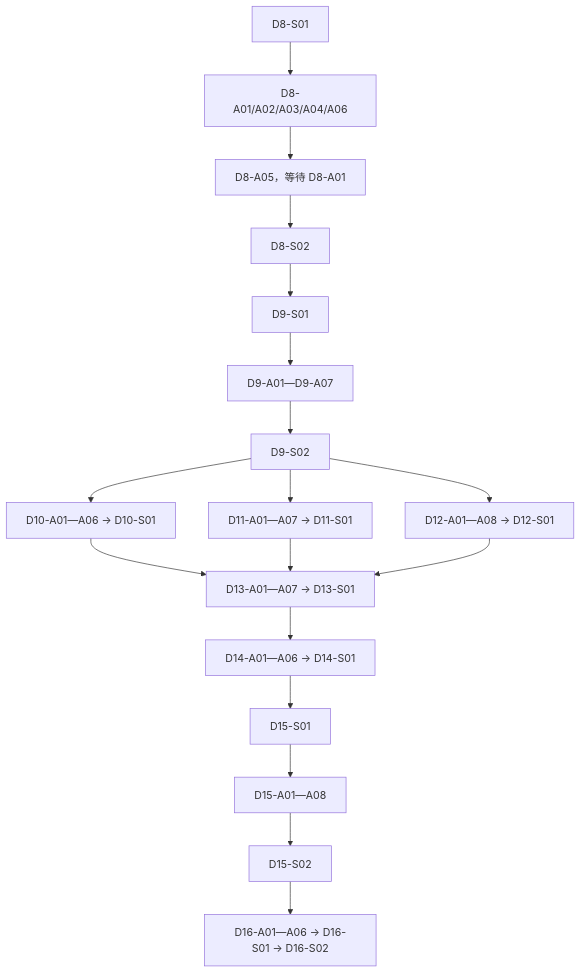
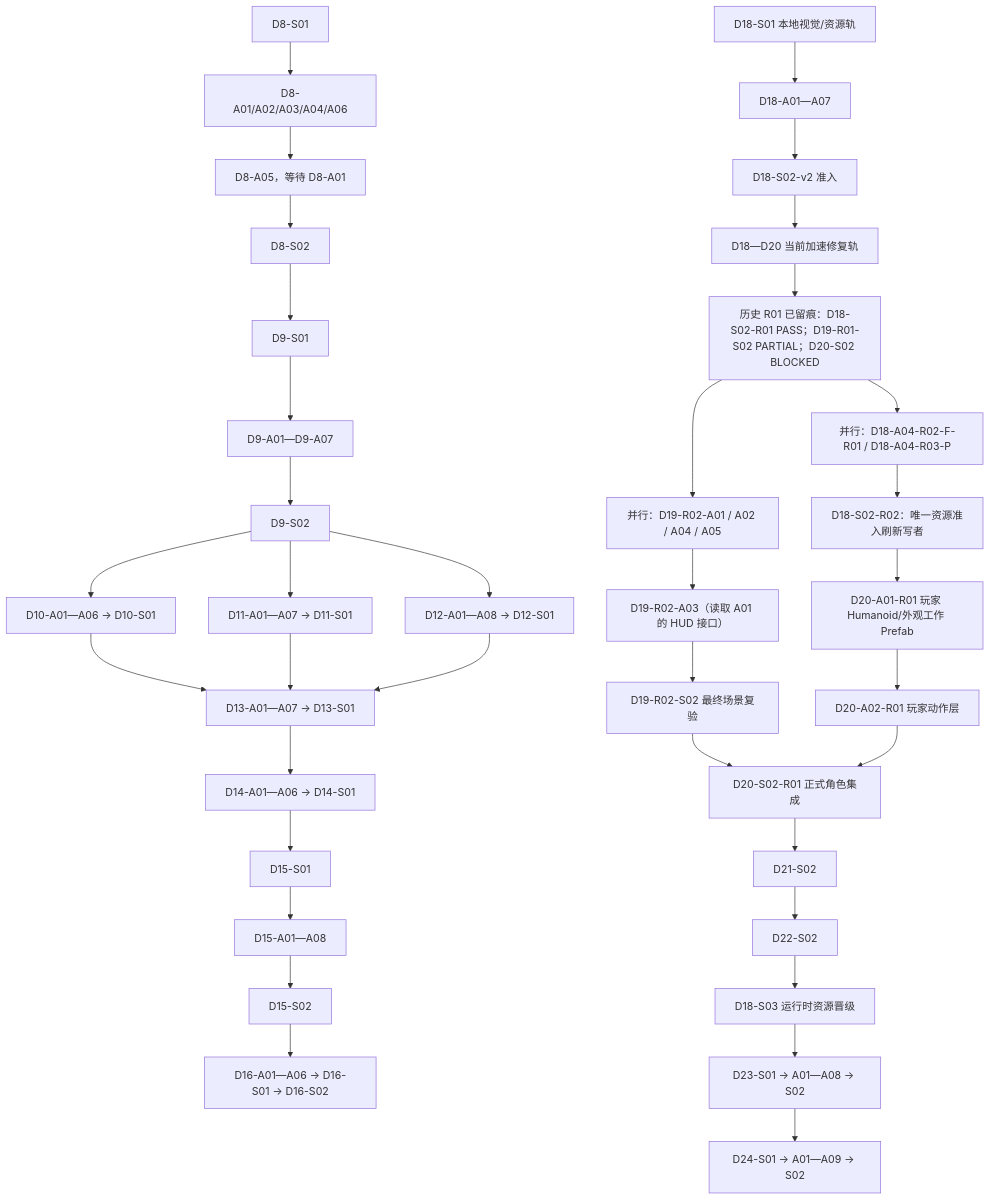
The diagram in docs/game/AGENT_DEVELOPMENT_TASKS.md (tianszpochika-cmd/WhalesIslandReef), drawn with Mermaid before and after one commit. The commit also changed other lines of this file and 8603 other files, not shown here.

````diff
--- a/docs/game/AGENT_DEVELOPMENT_TASKS.md
+++ b/docs/game/AGENT_DEVELOPMENT_TASKS.md
@@ -36,20 +45,38 @@
 ```mermaid
 flowchart TD
   D8S01[D8-S01] --> D8A[D8-A01/A02/A03/A04/A06]
   D8A --> D8A05[D8-A05，等待 D8-A01]
   D8A05 --> D8S02[D8-S02]
   D8S02 --> D9S01[D9-S01]
   D9S01 --> D9A[D9-A01—D9-A07]
   D9A --> D9S02[D9-S02]
   D9S02 --> D10[D10-A01—A06 → D10-S01]
   D9S02 --> D11[D11-A01—A07 → D11-S01]
   D9S02 --> D12[D12-A01—A08 → D12-S01]
   D10 --> D13[D13-A01—A07 → D13-S01]
   D11 --> D13
   D12 --> D13
   D13 --> D14[D14-A01—A06 → D14-S01]
   D14 --> D15S01[D15-S01]
   D15S01 --> D15A[D15-A01—A08]
   D15A --> D15S02[D15-S02]
   D15S02 --> D16[D16-A01—A06 → D16-S01 → D16-S02]
+  D18S01["D18-S01 本地视觉/资源轨"] --> D18A["D18-A01—A07"]
+  D18A --> D18S02[D18-S02-v2 准入]
+  D18S02 --> Repair["D18—D20 当前加速修复轨"]
+  Repair --> History["历史 R01 已留痕：D18-S02-R01 PASS；D19-R01-S02 PARTIAL；D20-S02 BLOCKED"]
+  History --> AssetFix["并行：D18-A04-R02-F-R01 / D18-A04-R03-P"]
+  AssetFix --> AssetRefresh["D18-S02-R02：唯一资源准入刷新写者"]
+  History --> HarborFix["并行：D19-R02-A01 / A02 / A04 / A05"]
+  HarborFix --> RouteFix["D19-R02-A03（读取 A01 的 HUD 接口）"]
+  RouteFix --> HarborFinal["D19-R02-S02 最终场景复验"]
+  AssetRefresh --> PlayerRig["D20-A01-R01 玩家 Humanoid/外观工作 Prefab"]
+  PlayerRig --> PlayerMotion["D20-A02-R01 玩家动作层"]
+  HarborFinal --> D20S02["D20-S02-R01 正式角色集成"]
+  PlayerMotion --> D20S02
+  D20S02 --> D21S02[D21-S02]
+  D21S02 --> D22S02[D22-S02]
+  D22S02 --> D18S03[D18-S03 运行时资源晋级]
+  D18S03 --> D23[D23-S01 → A01—A08 → S02]
+  D23 --> D24[D24-S01 → A01—A09 → S02]
 ```
````
